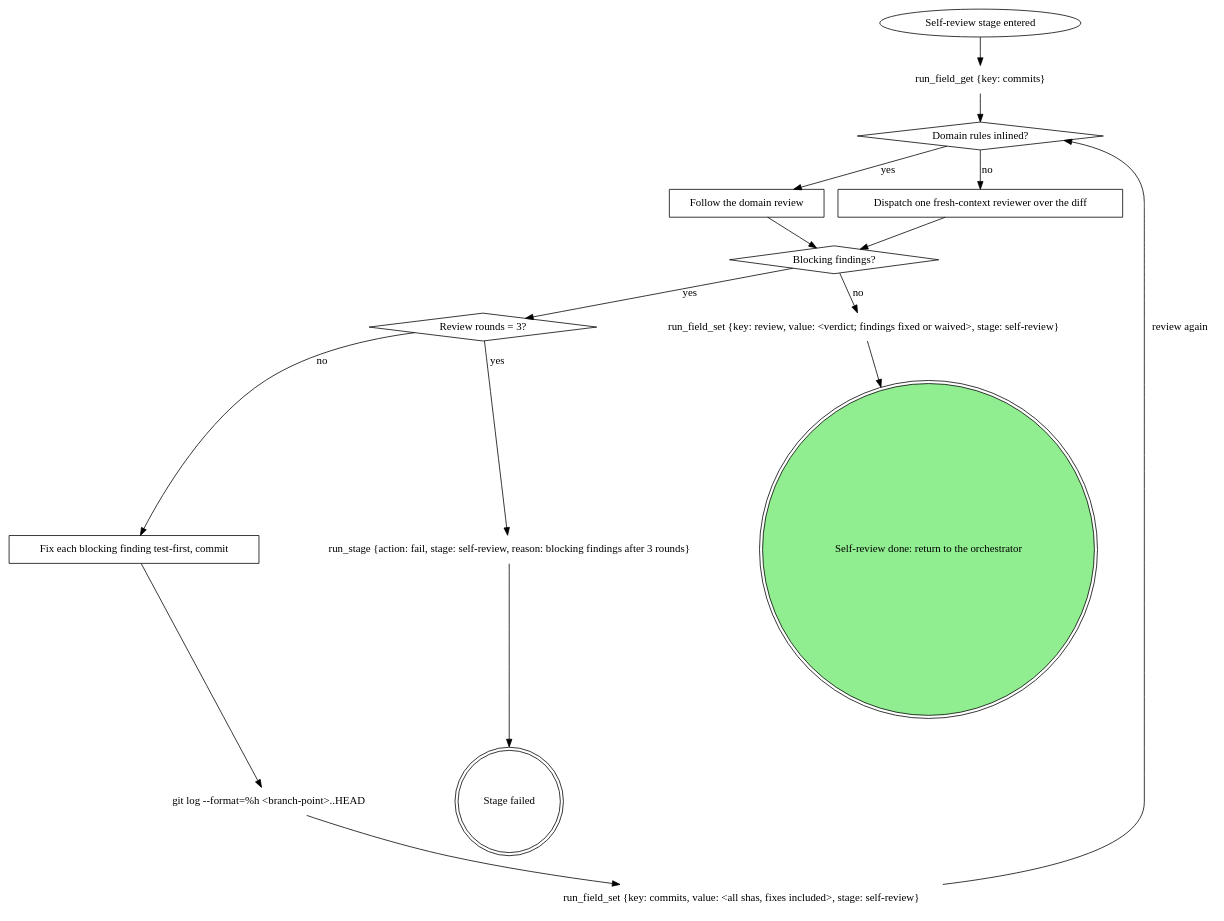
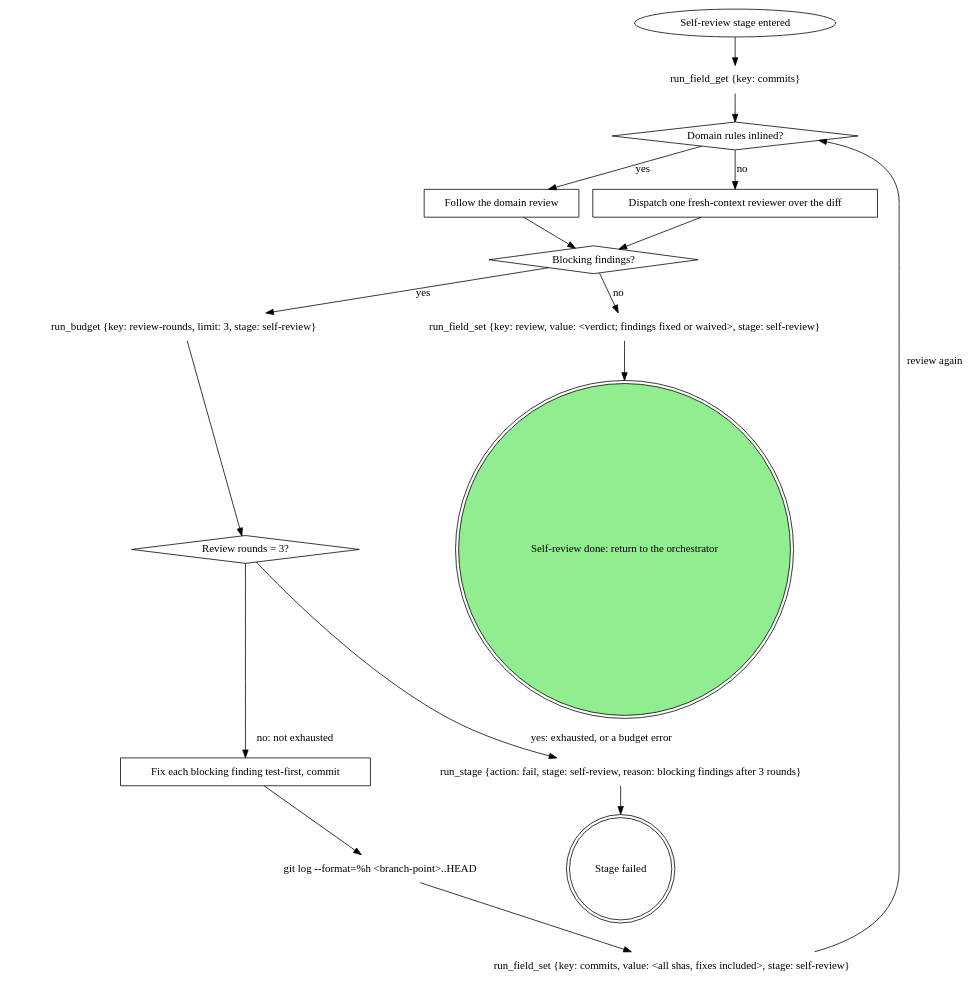
Before and after one commit to m4ttstack/mattstack: the diagram in plugins/mattstack/attachments/pipeline/stage-self-review/SKILL.md, drawn with Graphviz. The commit also changed other lines of this file and 4 other files, not shown here.

Commit message:
stages: run_hold, persisted review rounds, one-line run state

````diff
--- a/plugins/mattstack/attachments/pipeline/stage-self-review/SKILL.md
+++ b/plugins/mattstack/attachments/pipeline/stage-self-review/SKILL.md
@@ -24,36 +23,38 @@
 ```dot
 digraph self_review {
     rankdir=TB;
 
     "Self-review stage entered" [shape=ellipse];
     "run_field_get {key: commits}" [shape=plaintext];
     "Domain rules inlined?" [shape=diamond];
     "Follow the domain review" [shape=box];
     "Dispatch one fresh-context reviewer over the diff" [shape=box];
     "Blocking findings?" [shape=diamond];
+    "run_budget {key: review-rounds, limit: 3, stage: self-review}" [shape=plaintext];
     "Review rounds = 3?" [shape=diamond];
     "Fix each blocking finding test-first, commit" [shape=box];
     "git log --format=%h <branch-point>..HEAD" [shape=plaintext];
     "run_field_set {key: commits, value: <all shas, fixes included>, stage: self-review}" [shape=plaintext];
     "run_field_set {key: review, value: <verdict; findings fixed or waived>, stage: self-review}" [shape=plaintext];
     "run_stage {action: fail, stage: self-review, reason: blocking findings after 3 rounds}" [shape=plaintext];
     "Stage failed" [shape=doublecircle];
     "Self-review done: return to the orchestrator" [shape=doublecircle style=filled fillcolor=lightgreen];
 
     "Self-review stage entered" -> "run_field_get {key: commits}";
     "run_field_get {key: commits}" -> "Domain rules inlined?";
     "Domain rules inlined?" -> "Follow the domain review" [label="yes"];
     "Domain rules inlined?" -> "Dispatch one fresh-context reviewer over the diff" [label="no"];
     "Follow the domain review" -> "Blocking findings?";
     "Dispatch one fresh-context reviewer over the diff" -> "Blocking findings?";
     "Blocking findings?" -> "run_field_set {key: review, value: <verdict; findings fixed or waived>, stage: self-review}" [label="no"];
-    "Blocking findings?" -> "Review rounds = 3?" [label="yes"];
-    "Review rounds = 3?" -> "Fix each blocking finding test-first, commit" [label="no"];
-    "Review rounds = 3?" -> "run_stage {action: fail, stage: self-review, reason: blocking findings after 3 rounds}" [label="yes"];
+    "Blocking findings?" -> "run_budget {key: review-rounds, limit: 3, stage: self-review}" [label="yes"];
+    "run_budget {key: review-rounds, limit: 3, stage: self-review}" -> "Review rounds = 3?";
+    "Review rounds = 3?" -> "Fix each blocking finding test-first, commit" [label="no: not exhausted"];
+    "Review rounds = 3?" -> "run_stage {action: fail, stage: self-review, reason: blocking findings after 3 rounds}" [label="yes: exhausted, or a budget error"];
     "Fix each blocking finding test-first, commit" -> "git log --format=%h <branch-point>..HEAD";
     "git log --format=%h <branch-point>..HEAD" -> "run_field_set {key: commits, value: <all shas, fixes included>, stage: self-review}";
     "run_field_set {key: commits, value: <all shas, fixes included>, stage: self-review}" -> "Domain rules inlined?" [label="review again"];
     "run_field_set {key: review, value: <verdict; findings fixed or waived>, stage: self-review}" -> "Self-review done: return to the orchestrator";
     "run_stage {action: fail, stage: self-review, reason: blocking findings after 3 rounds}" -> "Stage failed";
 }
 ```
````
